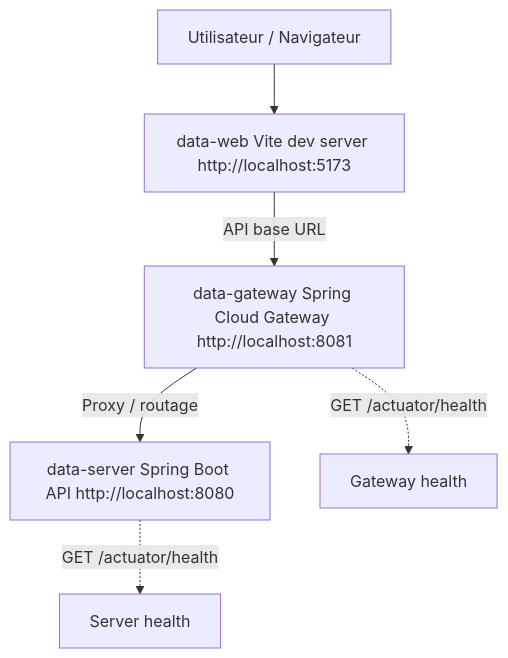
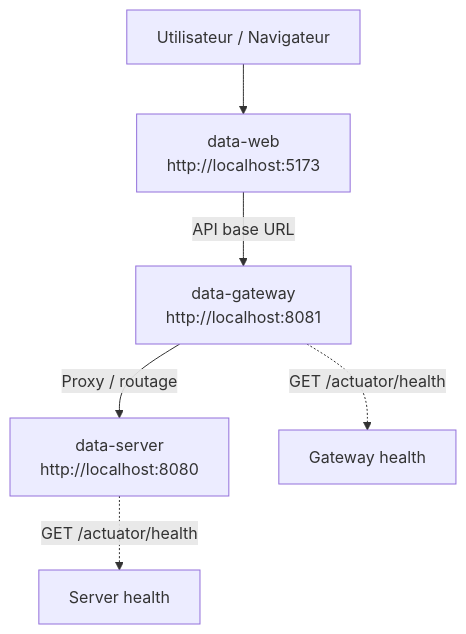
Before and after one commit to tiogars/data: the first of 2 diagrams in README.md, drawn with Mermaid. The commit also changed other lines of this file, not shown here.

Commit message:
feat: mettre à jour le README pour clarifier l'architecture et les instructions de déploiement

````diff
--- a/README.md
+++ b/README.md
@@ -9,13 +80,13 @@
 ```mermaid
 flowchart TB
 	USER[Utilisateur / Navigateur]
-	WEBAPP[data-web Vite dev server http://localhost:5173]
-	GATEWAY[data-gateway Spring Cloud Gateway http://localhost:8081]
-	SERVER[data-server Spring Boot API http://localhost:8080]
+	WEBAPP[data-web<br/>http://localhost:5173]
+	GATEWAY[data-gateway<br/>http://localhost:8081]
+	SERVER[data-server<br/>http://localhost:8080]
 
 	USER --> WEBAPP
 	WEBAPP -->|API base URL| GATEWAY
 	GATEWAY -->|Proxy / routage| SERVER
-	GATEWAY -.->|GET /actuator/health| HG[Gateway health]
-	SERVER -.->|GET /actuator/health| HS[Server health]
+	GATEWAY -.->|GET /actuator/health| G_HEALTH[Gateway health]
+	SERVER -.->|GET /actuator/health| S_HEALTH[Server health]
 ```
````
